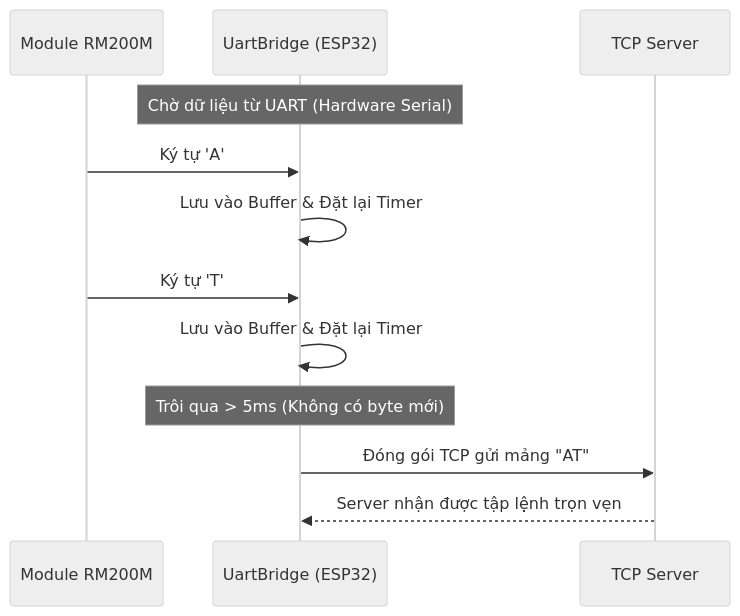
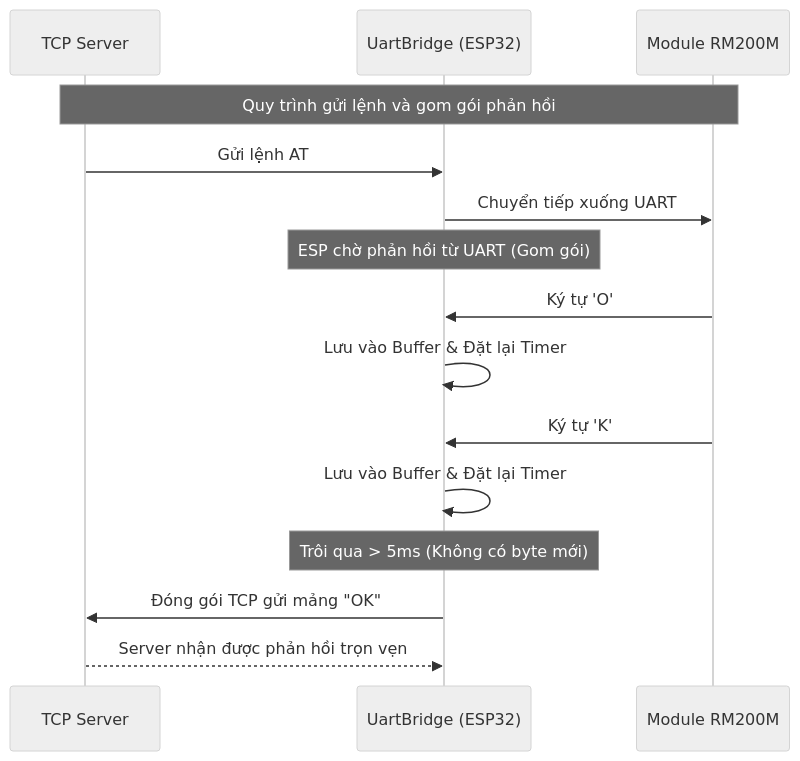
The fourth of 4 diagrams in GlobalStar/Báo cáo tuần 3.md (VoThLong/Global_Star), drawn with Mermaid (neutral theme) before and after one commit. The commit also changed other lines of this file and 15 other files, not shown here.

````diff
--- a/GlobalStar/Báo cáo tuần 3.md
+++ b/GlobalStar/Báo cáo tuần 3.md
@@ -222,15 +243,19 @@
 ```mermaid
 sequenceDiagram
+    participant SRV as TCP Server
+    participant ESP as UartBridge (ESP32)
     participant RM as Module RM200M
-    participant ESP as UartBridge (ESP32)
-    participant SRV as TCP Server
 
-    Note over ESP: Chờ dữ liệu từ UART (Hardware Serial)
-    RM->>ESP: Ký tự 'A'
+    Note over SRV, RM: Quy trình gửi lệnh và gom gói phản hồi
+    SRV->>ESP: Gửi lệnh AT
+    ESP->>RM: Chuyển tiếp xuống UART
+    
+    Note over ESP: ESP chờ phản hồi từ UART (Gom gói)
+    RM->>ESP: Ký tự 'O'
     ESP->>ESP: Lưu vào Buffer & Đặt lại Timer
-    RM->>ESP: Ký tự 'T'
+    RM->>ESP: Ký tự 'K'
     ESP->>ESP: Lưu vào Buffer & Đặt lại Timer
     Note over ESP: Trôi qua > 5ms (Không có byte mới)
-    ESP->>SRV: Đóng gói TCP gửi mảng "AT"
-    SRV-->>ESP: Server nhận được tập lệnh trọn vẹn
+    ESP->>SRV: Đóng gói TCP gửi mảng "OK"
+    SRV-->>ESP: Server nhận được phản hồi trọn vẹn
 ```
````
